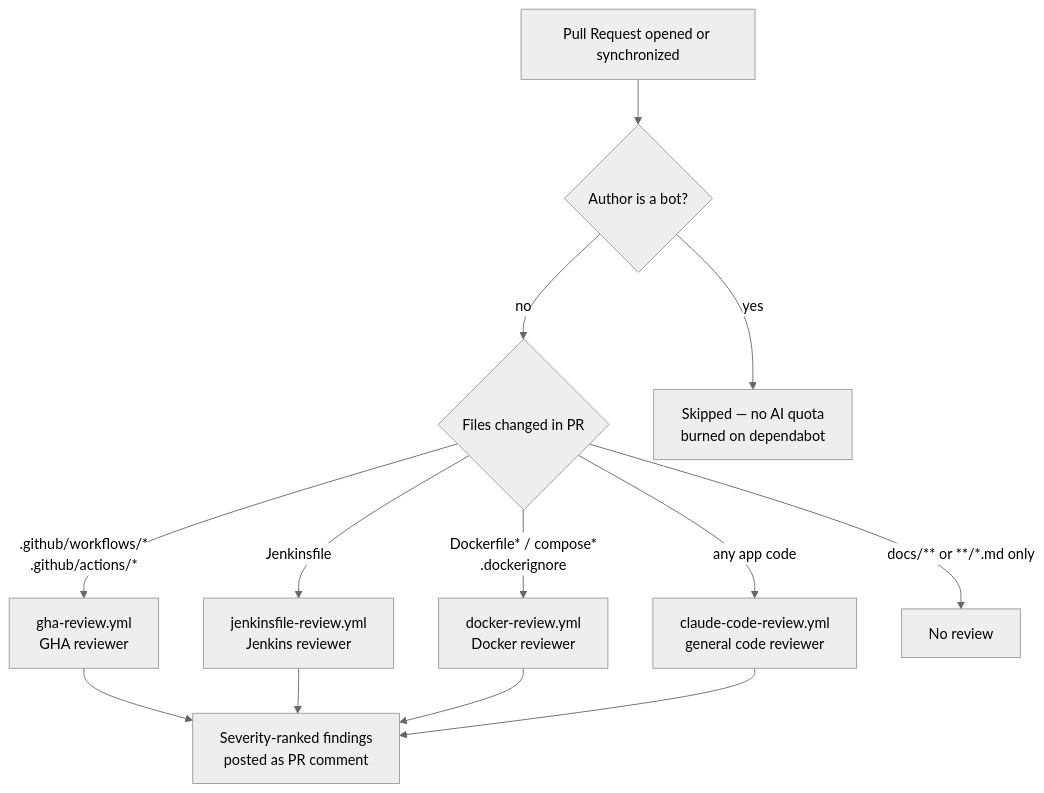
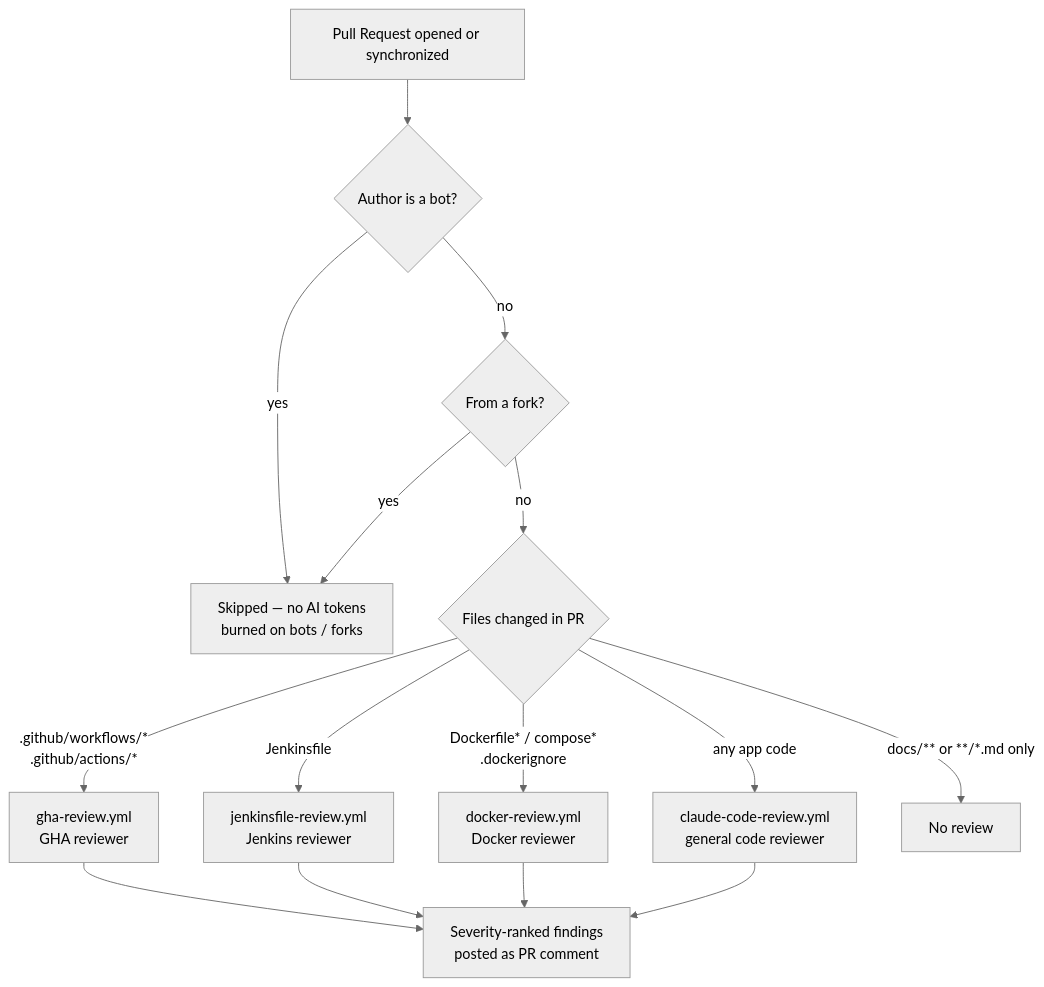
One commit to maksimTrs/ai-ci-github-actions changed the second of 2 diagrams in README.md. Above: the diagram before and after it, drawn with Mermaid (neutral theme). The commit also changed other lines of this file and 5 other files, not shown here.

````diff
--- a/README.md
+++ b/README.md
@@ -100,21 +104,24 @@
 ```mermaid
 flowchart TD
     PR[Pull Request opened or synchronized]
     BotCheck{Author is a bot?}
+    ForkCheck{From a fork?}
     Dispatch{Files changed in PR}
 
     PR --> BotCheck
-    BotCheck -->|yes| Skip[Skipped — no AI quota<br/> burned on dependabot]
-    BotCheck -->|no| Dispatch
+    BotCheck -->|yes| Skip[Skipped — no AI tokens<br/>burned on bots / forks]
+    BotCheck -->|no| ForkCheck
+    ForkCheck -->|yes| Skip
+    ForkCheck -->|no| Dispatch
 
     Dispatch -->|".github/workflows/*<br/>.github/actions/*"| GHA["gha-review.yml<br/>GHA reviewer"]
     Dispatch -->|"Jenkinsfile"| JF["jenkinsfile-review.yml<br/>Jenkins reviewer"]
     Dispatch -->|"Dockerfile* / compose*<br/>.dockerignore"| DK["docker-review.yml<br/>Docker reviewer"]
     Dispatch -->|"any app code"| General["claude-code-review.yml<br/>general code reviewer"]
     Dispatch -->|"docs/** or **/*.md only"| Nothing[No review]
 
     GHA --> Comment[Severity-ranked findings<br/>posted as PR comment]
     JF --> Comment
     DK --> Comment
     General --> Comment
 ```
````
